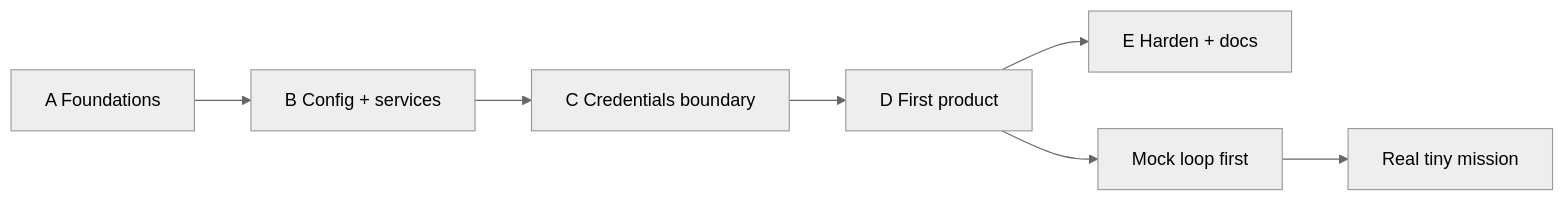
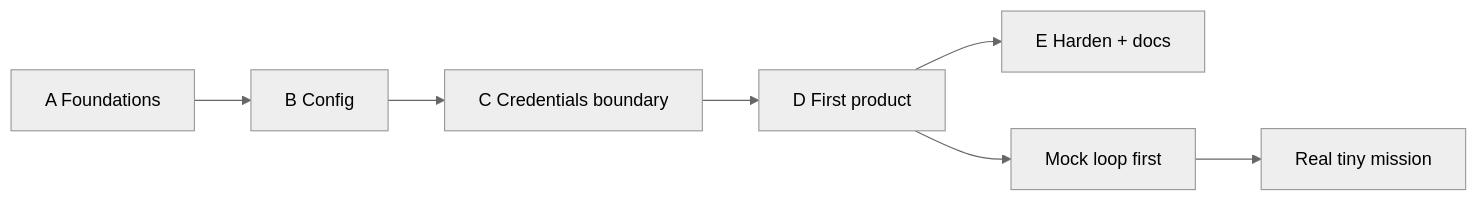
One commit to southu/vygo changed the sixth of 6 diagrams in content/vibe-coding/ratchet-guide/diagrams.md. Above: the diagram before and after it, drawn with Mermaid (neutral theme). The commit also changed other lines of this file and 42 other files, not shown here.

````diff
--- a/content/vibe-coding/ratchet-guide/diagrams.md
+++ b/content/vibe-coding/ratchet-guide/diagrams.md
@@ -170,9 +132,9 @@
 ```mermaid
 flowchart LR
-  A[A Foundations] --> B[B Config + services]
+  A[A Foundations] --> B[B Config]
   B --> C[C Credentials boundary]
   C --> D[D First product]
   D --> E[E Harden + docs]
   D --> M[Mock loop first]
   M --> Real[Real tiny mission]
 ```
````
